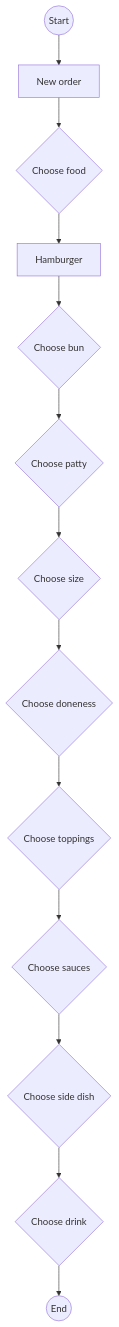
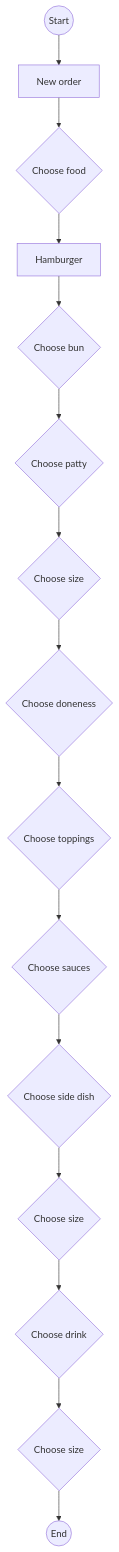
Before and after one commit to Yael0508/student-showcase: the diagram in student-work/2022/Yael-Lachman/API_hamburger_orders.md, drawn with Mermaid.

Commit message:
Update process API_hamburger_orders.md

````diff
--- a/student-work/2022/Yael-Lachman/API_hamburger_orders.md
+++ b/student-work/2022/Yael-Lachman/API_hamburger_orders.md
@@ -5,15 +5,17 @@
 ```mermaid
   graph TD;
   A((Start))-->B[New order]
   B-->AB{Choose food}
   AB-->C[Hamburger]
   C-->D{Choose bun}
   D-->E{Choose patty}
   E-->F{Choose size}
   F-->G{Choose doneness}
   G-->H{Choose toppings}
   H-->I{Choose sauces}
   I-->J{Choose side dish}
-  J-->K{Choose drink}
-  K-->L((End))
+  J-->K{Choose size}
+  K-->L{Choose drink}
+  L-->M{Choose size}
+  M-->N((End))
 ```
````
